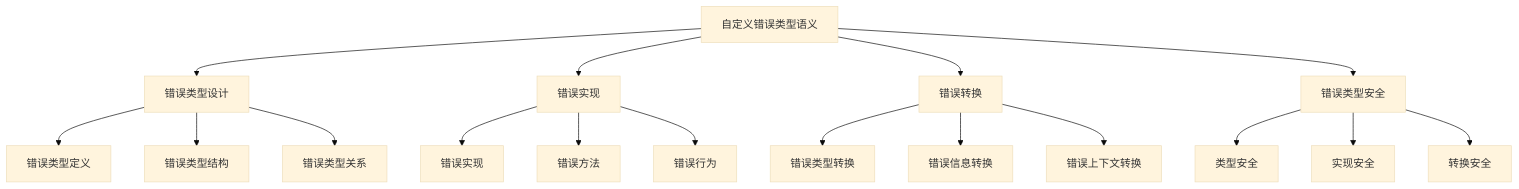
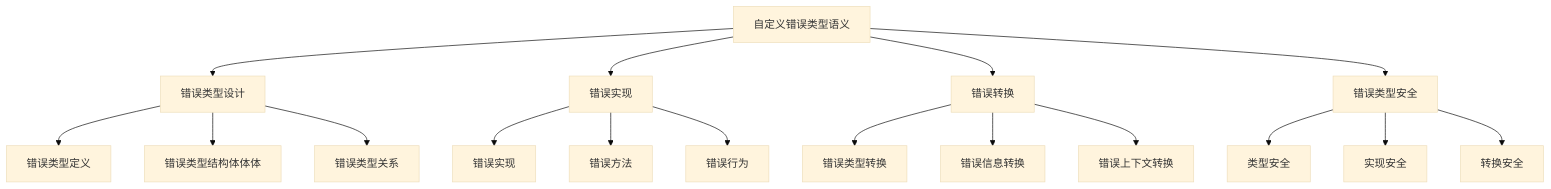
One commit to martin-ly/rust-lang changed the diagram in formal_rust/refactor/01_core_theory/02_control_semantics/04_error_handling_semantics/04_custom_error_types_semantics.md. Above: the diagram before and after it, drawn with Mermaid (base theme). The commit also changed other lines of this file and 5740 other files, not shown here.

````diff
--- a/formal_rust/refactor/01_core_theory/02_control_semantics/04_error_handling_semantics/04_custom_error_types_semantics.md
+++ b/formal_rust/refactor/01_core_theory/02_control_semantics/04_error_handling_semantics/04_custom_error_types_semantics.md
@@ -121,23 +121,23 @@
 ```mermaid
 graph TD
     A[自定义错误类型语义] --> B[错误类型设计]
     A --> C[错误实现]
     A --> D[错误转换]
     A --> E[错误类型安全]
     
     B --> B1[错误类型定义]
-    B --> B2[错误类型结构]
+    B --> B2[错误类型结构体体体]
     B --> B3[错误类型关系]
     
     C --> C1[错误实现]
     C --> C2[错误方法]
     C --> C3[错误行为]
     
     D --> D1[错误类型转换]
     D --> D2[错误信息转换]
     D --> D3[错误上下文转换]
     
     E --> E1[类型安全]
     E --> E2[实现安全]
     E --> E3[转换安全]
 ```
````
